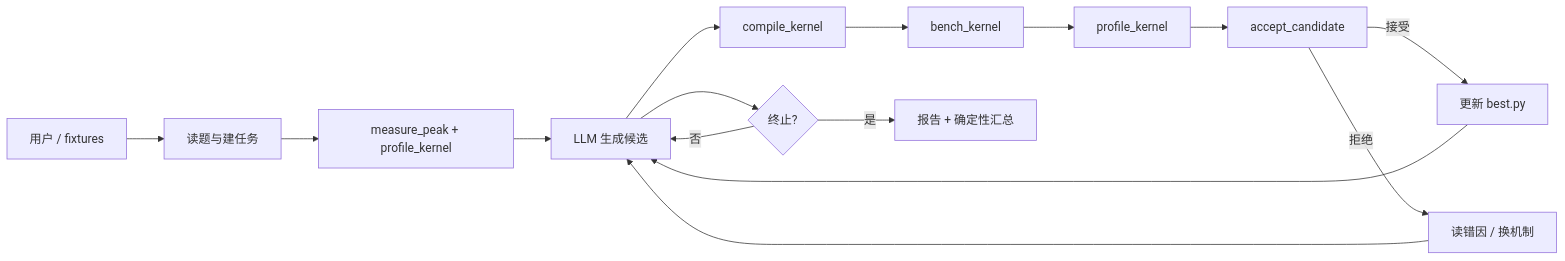
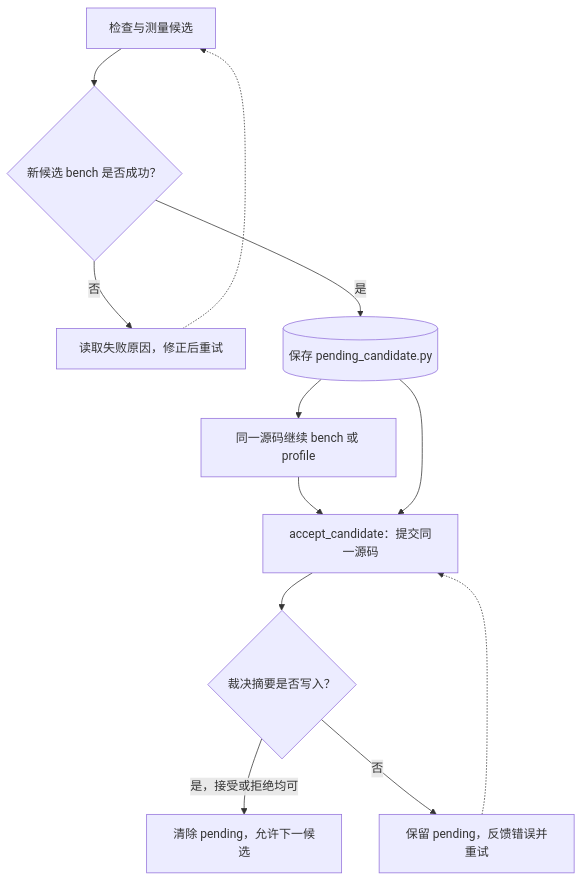
The second of 2 diagrams in docs/part3-agent/chapter16/index.md (Weihong-Liu/hello-gpu), drawn with Mermaid before and after one commit. The commit also changed other lines of this file and 10 other files, not shown here.

````diff
--- a/docs/part3-agent/chapter16/index.md
+++ b/docs/part3-agent/chapter16/index.md
@@ -42,17 +85,14 @@
 ```mermaid
-flowchart LR
-  U[用户 / fixtures] --> I[读题与建任务]
-  I --> P[measure_peak + profile_kernel]
-  P --> G[LLM 生成候选]
-  G --> C[compile_kernel]
-  C --> B[bench_kernel]
-  B --> Pr[profile_kernel]
-  Pr --> A[accept_candidate]
-  A -->|接受| Best[更新 best.py]
-  A -->|拒绝| R[读错因 / 换机制]
-  Best --> G
-  R --> G
-  G --> T{终止?}
-  T -->|否| G
-  T -->|是| Rep[报告 + 确定性汇总]
+flowchart TB
+    N[检查与测量候选] --> B{新候选 bench 是否成功？}
+    B -->|否| F[读取失败原因，修正后重试]
+    F -.-> N
+    B -->|是| P[(保存 pending_candidate.py)]
+    P --> T[同一源码继续 bench 或 profile]
+    T --> A[accept_candidate：提交同一源码]
+    P --> A
+    A --> R{裁决摘要是否写入？}
+    R -->|是，接受或拒绝均可| C[清除 pending，允许下一候选]
+    R -->|否| K[保留 pending，反馈错误并重试]
+    K -.-> A
 ```
````
